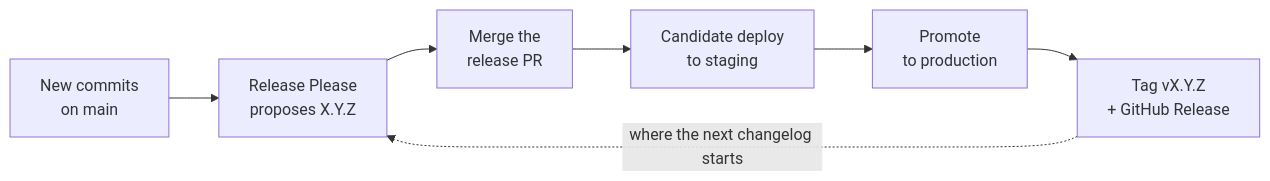
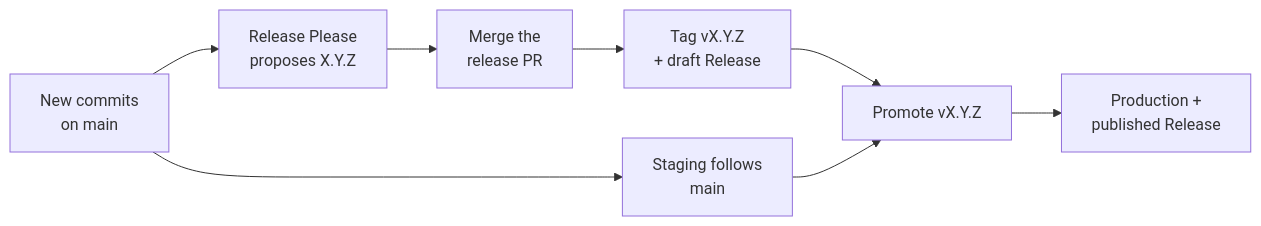
One commit to KLTsai/next-is-you changed the diagram in docs/CI-CD.md. Above: the diagram before and after it, drawn with Mermaid. The commit also changed other lines of this file and 13 other files, not shown here.

````diff
--- a/docs/CI-CD.md
+++ b/docs/CI-CD.md
@@ -20,9 +19,10 @@
 ```mermaid
 flowchart LR
-  C["New commits<br/>on main"] --> RP["Release Please<br/>proposes X.Y.Z"]
+  C["New commits<br/>on main"] --> S["Staging follows<br/>main"]
+  C --> RP["Release Please<br/>proposes X.Y.Z"]
   RP --> M["Merge the<br/>release PR"]
-  M --> CD["Candidate deploy<br/>to staging"]
-  CD --> P["Promote<br/>to production"]
-  P --> T["Tag vX.Y.Z<br/>+ GitHub Release"]
-  T -.->|"where the next changelog starts"| RP
+  M --> T["Tag vX.Y.Z<br/>+ draft Release"]
+  T --> P["Promote vX.Y.Z"]
+  S --> P
+  P --> R["Production +<br/>published Release"]
 ```
````
